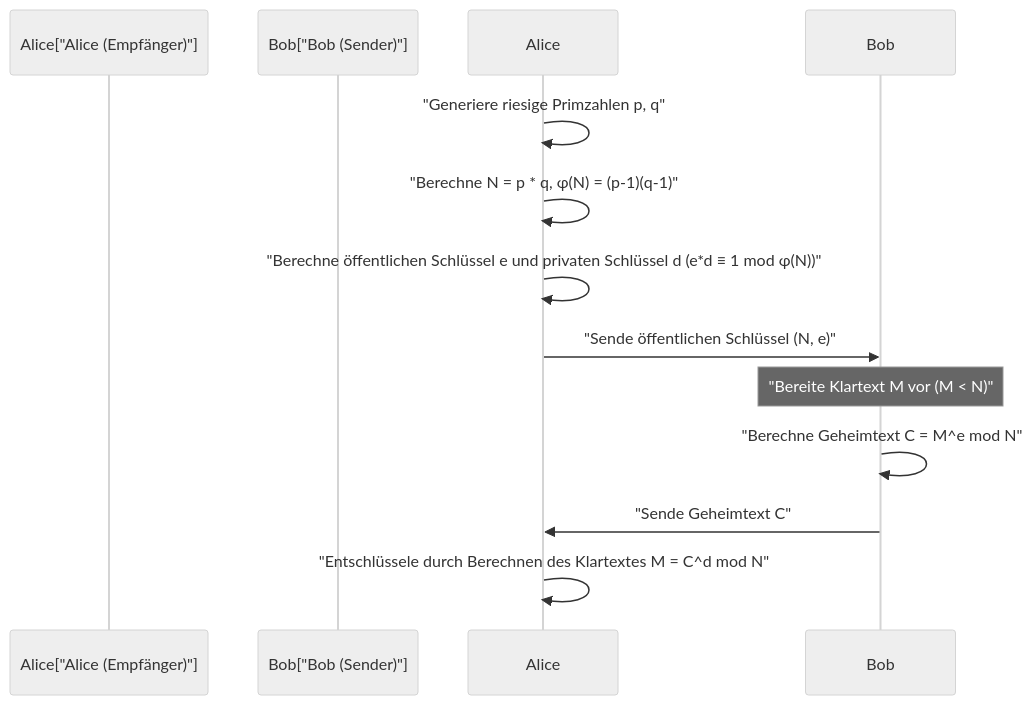
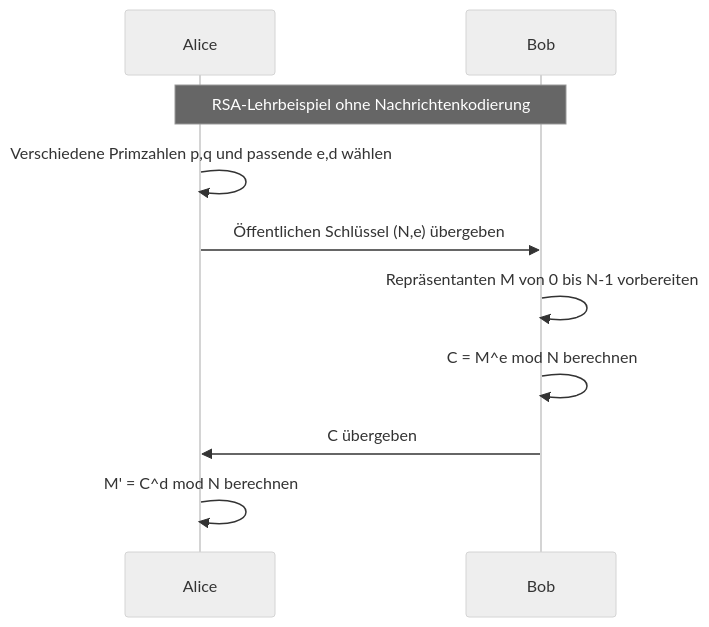
One commit to kenjinote/blog changed the second of 2 diagrams in content/post/フェルマーの小定理と暗号化/index.de.md. Above: the diagram before and after it, drawn with Mermaid (neutral theme). The commit also changed other lines of this file and 5 other files, not shown here.

````diff
--- a/content/post/フェルマーの小定理と暗号化/index.de.md
+++ b/content/post/フェルマーの小定理と暗号化/index.de.md
@@ -295,14 +210,12 @@
 ```mermaid
 sequenceDiagram
-    participant Alice["Alice (Empfänger)"]
-    participant Bob["Bob (Sender)"]
-    
-    Alice->>Alice: "Generiere riesige Primzahlen p, q"
-    Alice->>Alice: "Berechne N = p * q, φ(N) = (p-1)(q-1)"
-    Alice->>Alice: "Berechne öffentlichen Schlüssel e und privaten Schlüssel d (e*d ≡ 1 mod φ(N))"
-    Alice->>Bob: "Sende öffentlichen Schlüssel (N, e)"
-    Note over Bob: "Bereite Klartext M vor (M < N)"
-    Bob->>Bob: "Berechne Geheimtext C = M^e mod N"
-    Bob->>Alice: "Sende Geheimtext C"
-    Alice->>Alice: "Entschlüssele durch Berechnen des Klartextes M = C^d mod N"
+    participant Alice as Alice
+    participant Bob as Bob
+    Note over Alice,Bob: RSA-Lehrbeispiel ohne Nachrichtenkodierung
+    Alice->>Alice: Verschiedene Primzahlen p,q und passende e,d wählen
+    Alice->>Bob: Öffentlichen Schlüssel (N,e) übergeben
+    Bob->>Bob: Repräsentanten M von 0 bis N-1 vorbereiten
+    Bob->>Bob: C = M^e mod N berechnen
+    Bob->>Alice: C übergeben
+    Alice->>Alice: M' = C^d mod N berechnen
 ```
````
